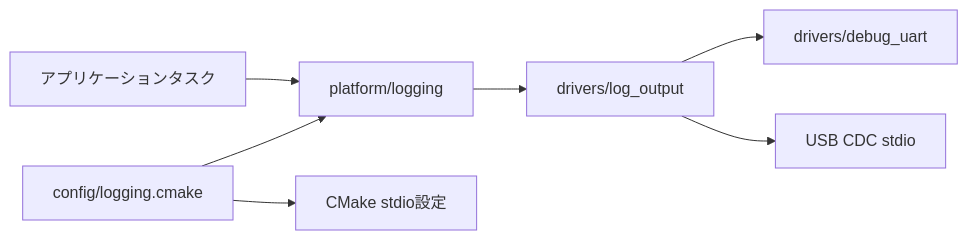
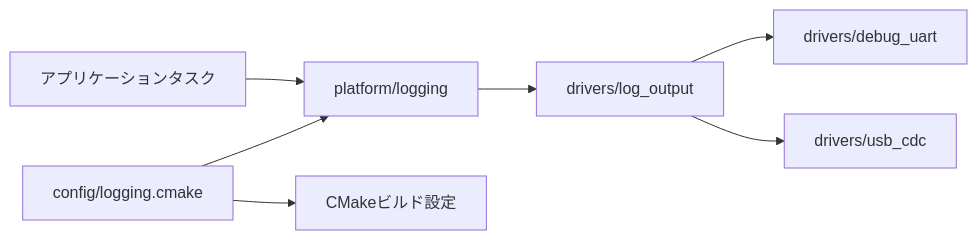
One commit to starkensan/usb_midi_pedal changed the first of 2 diagrams in docs/designs/logging.md. Above: the diagram before and after it, drawn with Mermaid. The commit also changed other lines of this file and 10 other files, not shown here.

````diff
--- a/docs/designs/logging.md
+++ b/docs/designs/logging.md
@@ -31,9 +31,9 @@
 ```mermaid
 flowchart LR
     app[アプリケーションタスク] --> logging[platform/logging]
     logging --> output[drivers/log_output]
     output --> uart[drivers/debug_uart]
-    output --> usb[USB CDC stdio]
+    output --> usb[drivers/usb_cdc]
     config[config/logging.cmake] --> logging
-    config --> build[CMake stdio設定]
+    config --> build[CMakeビルド設定]
 ```
````
